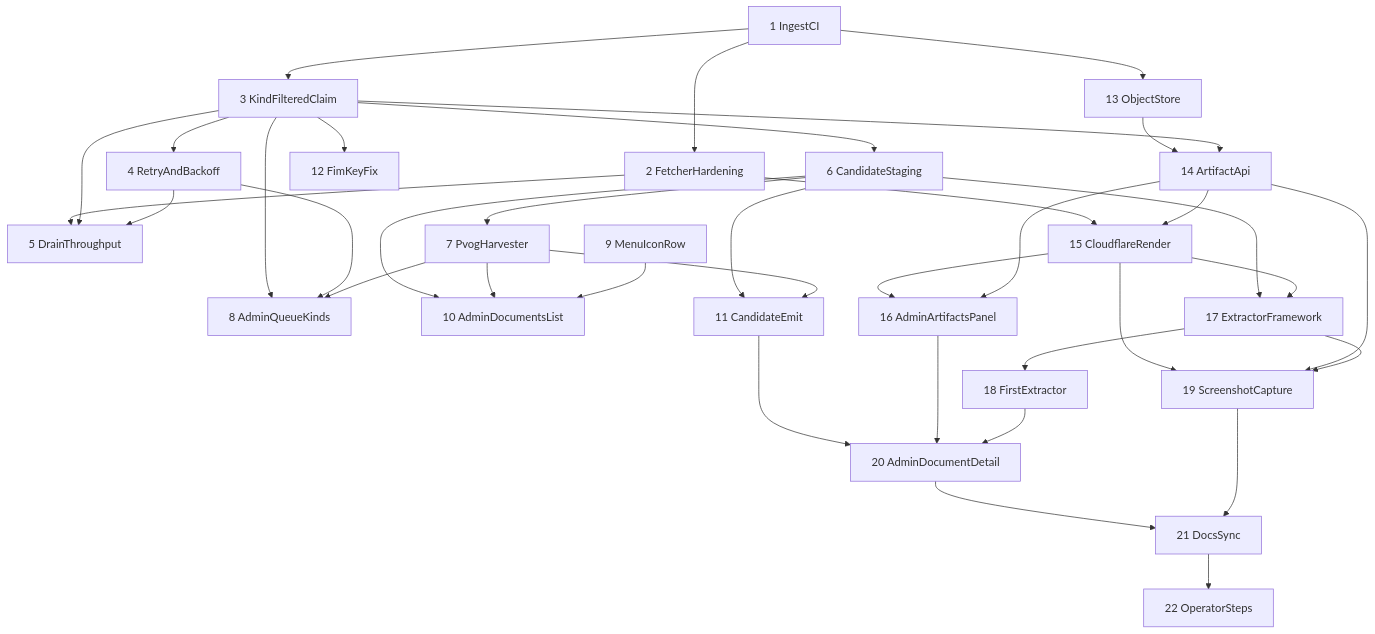
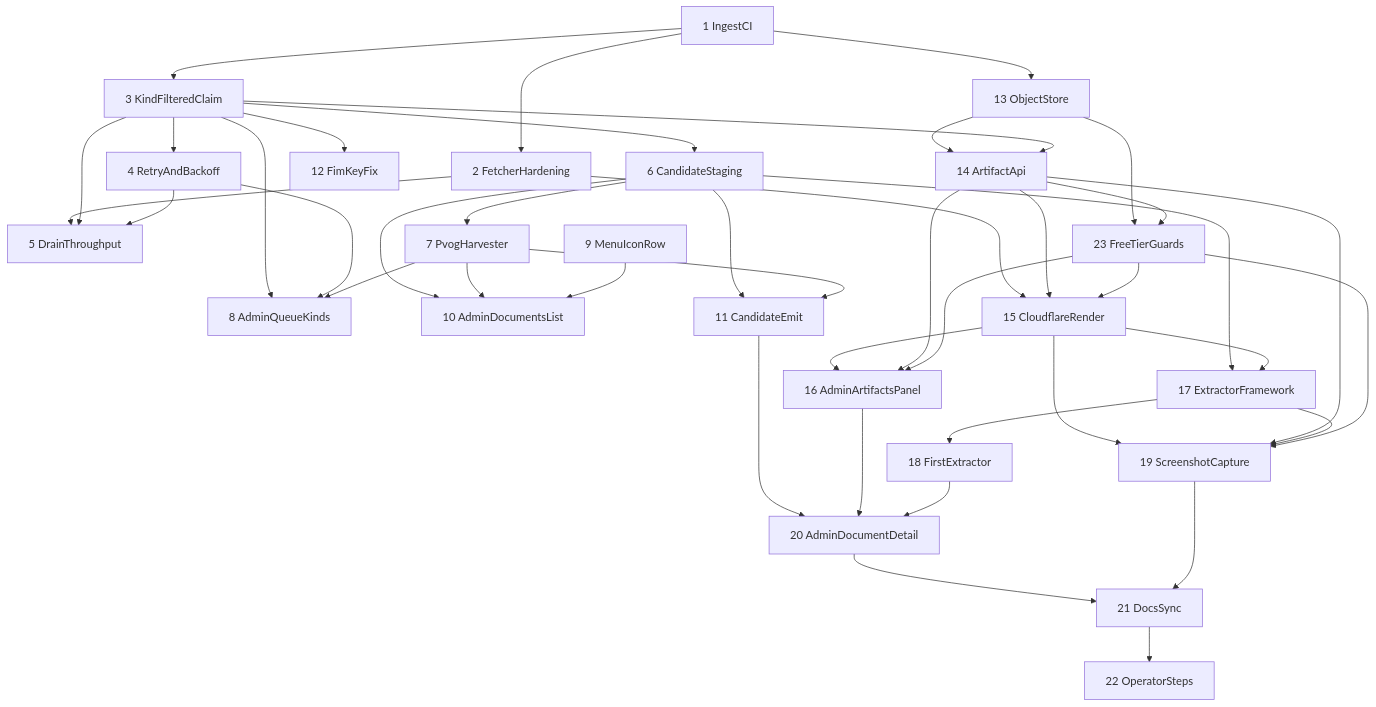
The diagram in .plans/crawlers/01-rollout.md (vadim-schultz/redtape), drawn with Mermaid before and after one commit. The commit also changed other lines of this file and 19 other files, not shown here.

First line of the commit message:
docs(crawlers): move storage to Cloudflare R2 and add free-tier guards (chapter 23)

````diff
--- a/.plans/crawlers/01-rollout.md
+++ b/.plans/crawlers/01-rollout.md
@@ -35,39 +36,44 @@
 ```mermaid
 flowchart TD
   C1[1 IngestCI] --> C2[2 FetcherHardening]
   C1 --> C3[3 KindFilteredClaim]
   C3 --> C4[4 RetryAndBackoff]
   C2 --> C5[5 DrainThroughput]
   C3 --> C5
   C4 --> C5
   C3 --> C6[6 CandidateStaging]
   C6 --> C7[7 PvogHarvester]
   C3 --> C8[8 AdminQueueKinds]
   C4 --> C8
   C7 --> C8
   C6 --> C10[10 AdminDocumentsList]
   C7 --> C10
   C9[9 MenuIconRow] --> C10
   C6 --> C11[11 CandidateEmit]
   C7 --> C11
   C3 --> C12[12 FimKeyFix]
   C1 --> C13[13 ObjectStore]
   C13 --> C14[14 ArtifactApi]
   C3 --> C14
+  C13 --> C23[23 FreeTierGuards]
+  C14 --> C23
   C2 --> C15[15 CloudflareRender]
   C14 --> C15
+  C23 --> C15
   C15 --> C16[16 AdminArtifactsPanel]
   C14 --> C16
+  C23 --> C16
   C6 --> C17[17 ExtractorFramework]
   C15 --> C17
   C17 --> C18[18 FirstExtractor]
   C15 --> C19[19 ScreenshotCapture]
   C14 --> C19
   C17 --> C19
+  C23 --> C19
   C11 --> C20[20 AdminDocumentDetail]
   C16 --> C20
   C18 --> C20
   C20 --> C21[21 DocsSync]
   C19 --> C21
   C21 --> C22[22 OperatorSteps]
 ```
````
